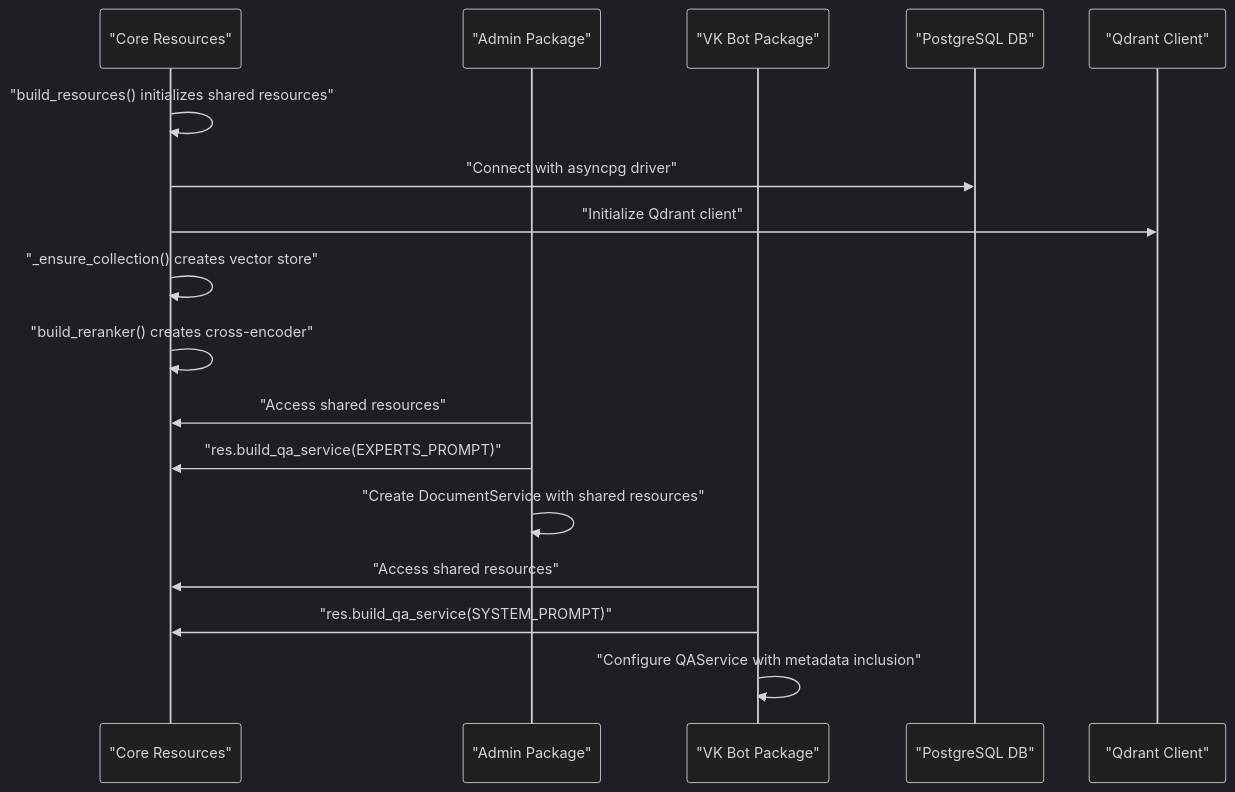
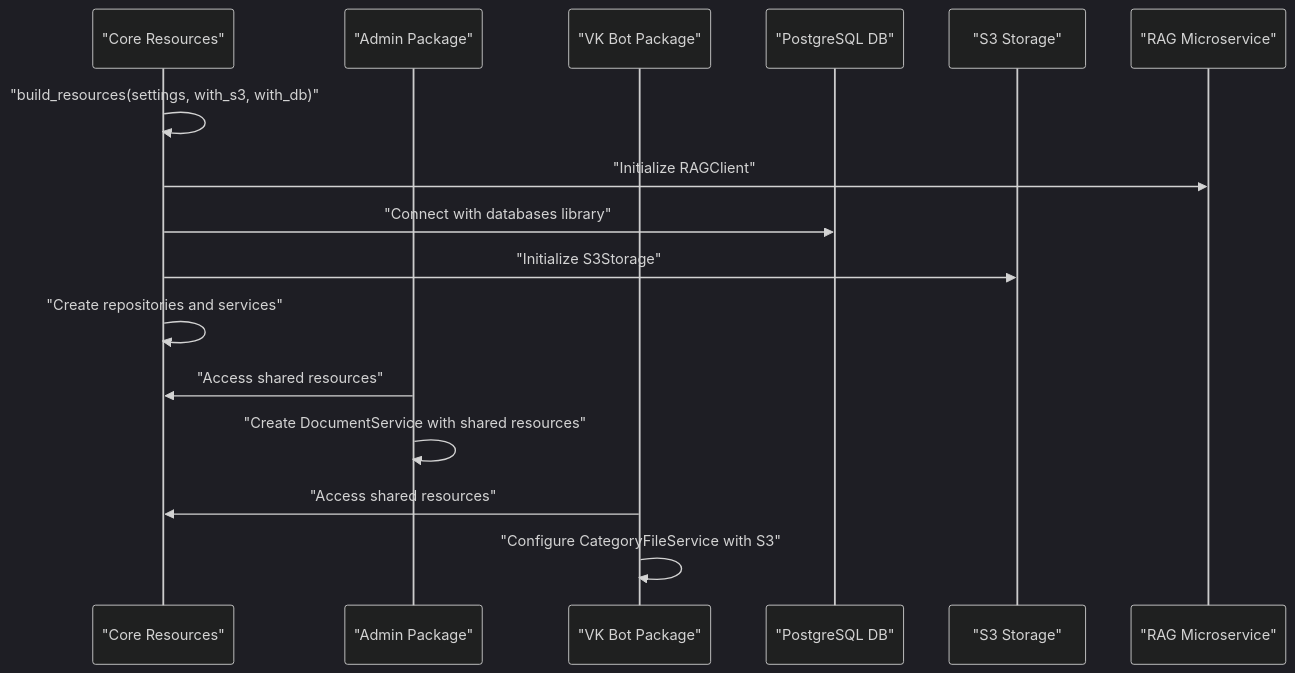
The second of 8 diagrams in .qoder/repowiki/en/content/API Reference/Resource Management System.md (ognelis/cafetera_hr_bot), drawn with Mermaid (dark theme) before and after one commit. The commit also changed other lines of this file and 69 other files, not shown here.

Commit message:
CAFETERA-62 Implemented RAG service

````diff
--- a/.qoder/repowiki/en/content/API Reference/Resource Management System.md
+++ b/.qoder/repowiki/en/content/API Reference/Resource Management System.md
@@ -163,19 +137,18 @@
 ```mermaid
 sequenceDiagram
 participant Core as "Core Resources"
 participant Admin as "Admin Package"
 participant VK as "VK Bot Package"
 participant DB as "PostgreSQL DB"
-participant Qdr as "Qdrant Client"
-Core->>Core : "build_resources() initializes shared resources"
-Core->>DB : "Connect with asyncpg driver"
-Core->>Qdr : "Initialize Qdrant client"
-Core->>Core : "_ensure_collection() creates vector store"
-Core->>Core : "build_reranker() creates cross-encoder"
+participant S3 as "S3 Storage"
+participant RAG as "RAG Microservice"
+Core->>Core : "build_resources(settings, with_s3, with_db)"
+Core->>RAG : "Initialize RAGClient"
+Core->>DB : "Connect with databases library"
+Core->>S3 : "Initialize S3Storage"
+Core->>Core : "Create repositories and services"
 Admin->>Core : "Access shared resources"
-Admin->>Core : "res.build_qa_service(EXPERTS_PROMPT)"
 Admin->>Admin : "Create DocumentService with shared resources"
 VK->>Core : "Access shared resources"
-VK->>Core : "res.build_qa_service(SYSTEM_PROMPT)"
-VK->>VK : "Configure QAService with metadata inclusion"
+VK->>VK : "Configure CategoryFileService with S3"
 ```
````
